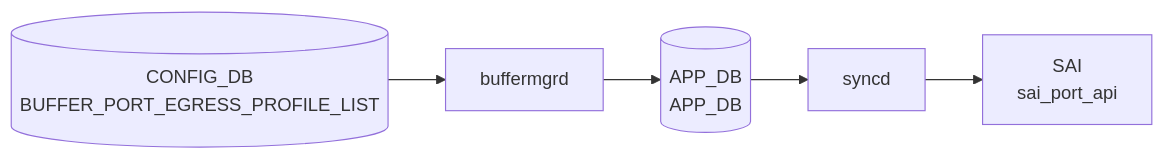
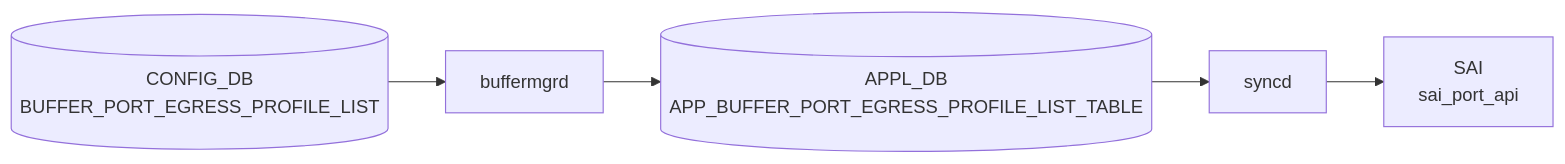
One commit to aoki-taquan/sonic-unofficial-docs changed the diagram in docs/reference/config-db/buffer-port-egress-profile-list.md. Above: the diagram before and after it, drawn with Mermaid. The commit also changed 1 other file, not shown here.

Commit message:
review: fix mermaid APP_DB label in buffer-port-*-profile-list pages (batch 074)
APPL_DB ノードのラベルが `APP_DB<br/>APP_DB` という誤った二重表記になっていたのを
正しいテーブル名 `APP_BUFFER_PORT_EGRESS_PROFILE_LIST_TABLE` /
`APP_BUFFER_PORT_INGRESS_PROFILE_LIST_TABLE` に修正。

````diff
--- a/docs/reference/config-db/buffer-port-egress-profile-list.md
+++ b/docs/reference/config-db/buffer-port-egress-profile-list.md
@@ -35,12 +35,12 @@
 ```mermaid
 flowchart LR
   CDB[("CONFIG_DB<br/>BUFFER_PORT_EGRESS_PROFILE_LIST")]
   DM["buffermgrd"]
   CDB --> DM
-  APPDB[("APP_DB<br/>APP_DB")]
+  APPDB[("APPL_DB<br/>APP_BUFFER_PORT_EGRESS_PROFILE_LIST_TABLE")]
   DM --> APPDB
   SYNCD["syncd"]
   APPDB --> SYNCD
   SAI["SAI<br/>sai_port_api"]
   SYNCD --> SAI
 ```
````
